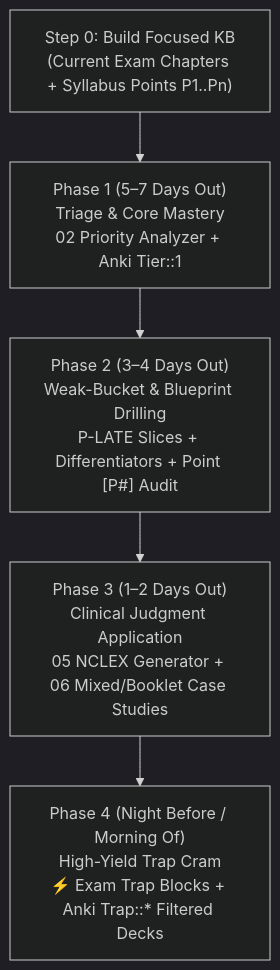
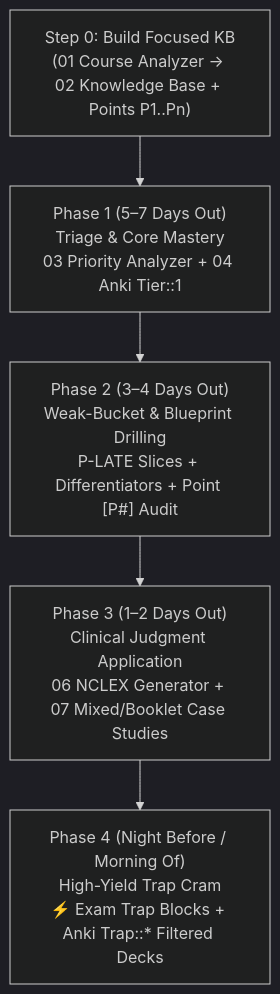
One commit to nursingschooltingz/Nursing-Study-Suite changed the second of 2 diagrams in docs/PLATE-Tagging-and-Exam-Study-Guide.md. Above: the diagram before and after it, drawn with Mermaid (dark theme). The commit also changed other lines of this file and 73 other files, not shown here.

````diff
--- a/docs/PLATE-Tagging-and-Exam-Study-Guide.md
+++ b/docs/PLATE-Tagging-and-Exam-Study-Guide.md
@@ -75,7 +75,7 @@
 ```mermaid
 flowchart TD
-    S0["Step 0: Build Focused KB<br/>(Current Exam Chapters + Syllabus Points P1..Pn)"] --> P1["Phase 1 (5–7 Days Out)<br/>Triage & Core Mastery<br/>02 Priority Analyzer + Anki Tier::1"]
+    S0["Step 0: Build Focused KB<br/>(01 Course Analyzer → 02 Knowledge Base + Points P1..Pn)"] --> P1["Phase 1 (5–7 Days Out)<br/>Triage & Core Mastery<br/>03 Priority Analyzer + 04 Anki Tier::1"]
     P1 --> P2["Phase 2 (3–4 Days Out)<br/>Weak-Bucket & Blueprint Drilling<br/>P-LATE Slices + Differentiators + Point [P#] Audit"]
-    P2 --> P3["Phase 3 (1–2 Days Out)<br/>Clinical Judgment Application<br/>05 NCLEX Generator + 06 Mixed/Booklet Case Studies"]
+    P2 --> P3["Phase 3 (1–2 Days Out)<br/>Clinical Judgment Application<br/>06 NCLEX Generator + 07 Mixed/Booklet Case Studies"]
     P3 --> P4["Phase 4 (Night Before / Morning Of)<br/>High-Yield Trap Cram<br/>⚡ Exam Trap Blocks + Anki Trap::* Filtered Decks"]
 ```
````
